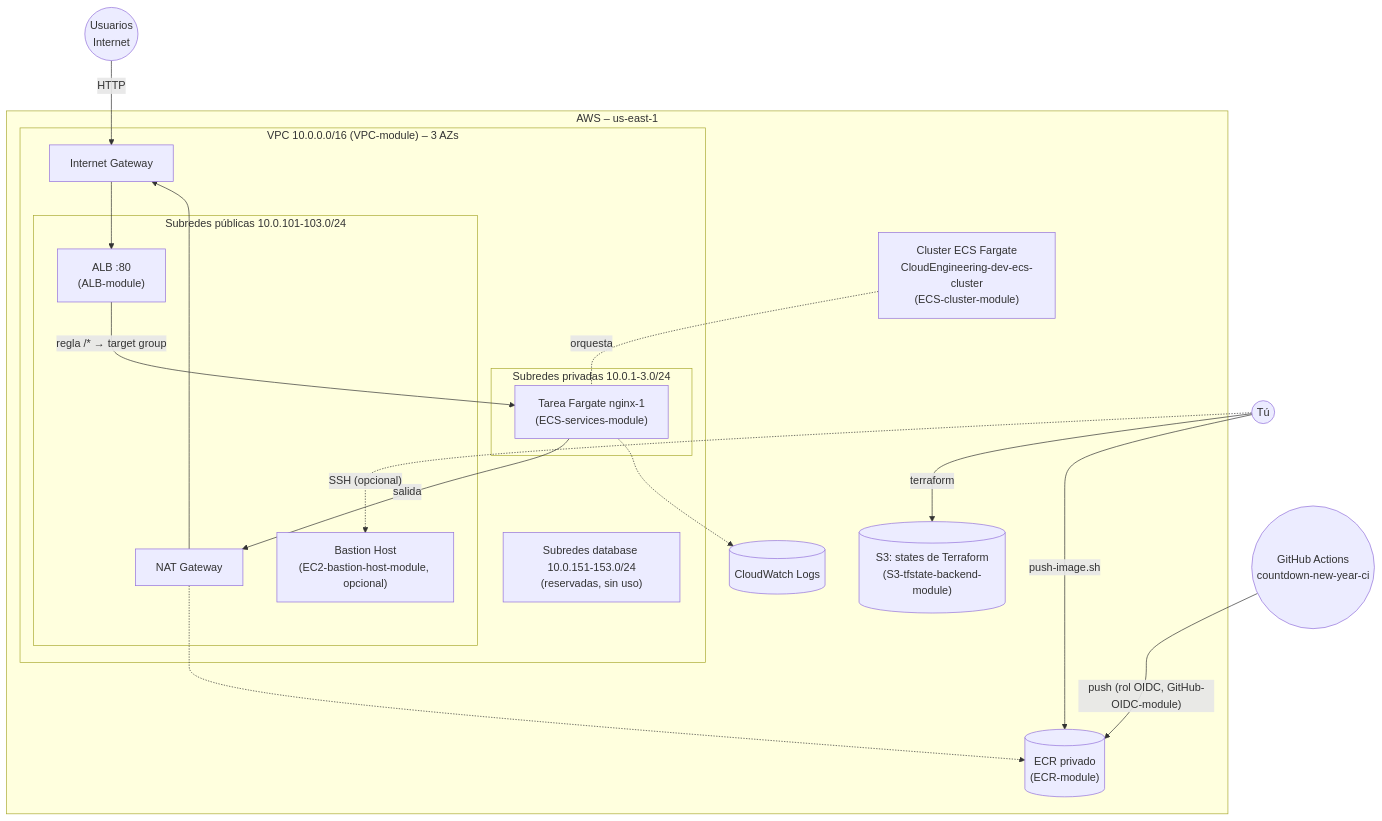
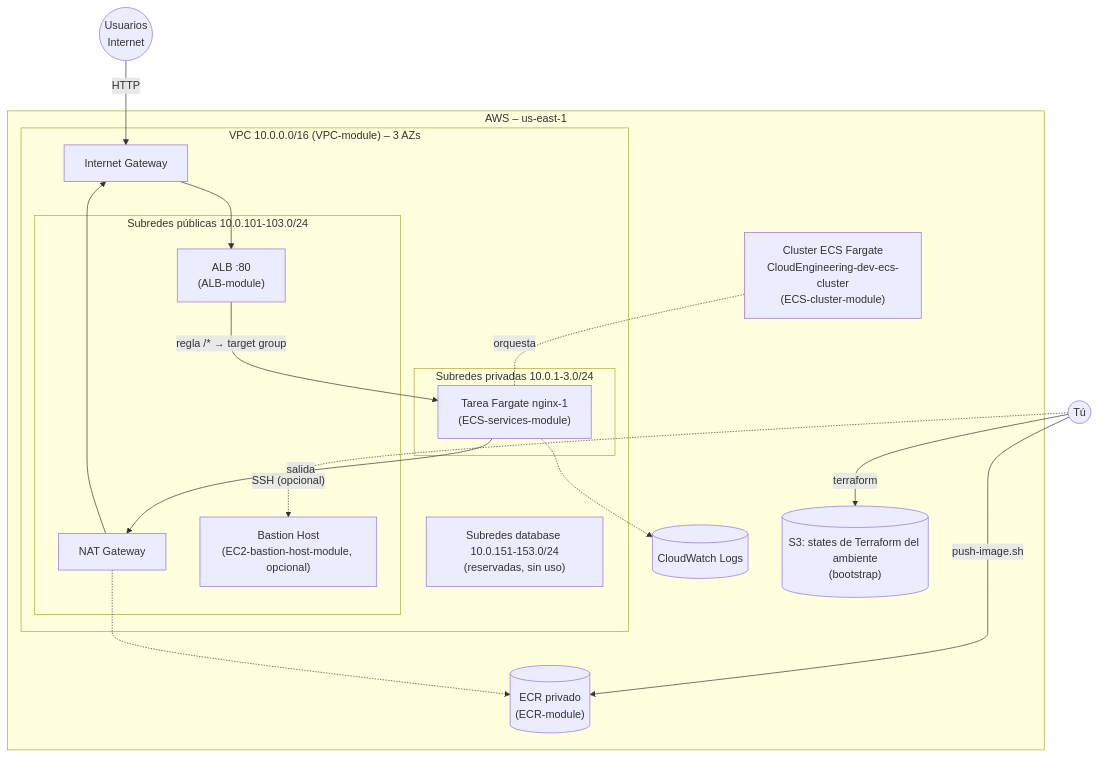
One commit to adrianjsosag/ECS-Tests changed the first of 2 diagrams in Terraform/README.md. Above: the diagram before and after it, drawn with Mermaid. The commit also changed other lines of this file and 150 other files, not shown here.

````diff
--- a/Terraform/README.md
+++ b/Terraform/README.md
@@ -34,36 +34,34 @@
 ```mermaid
 flowchart TB
     user(("Usuarios<br/>Internet"))
     dev(("Tú"))
-    gha(("GitHub Actions<br/>countdown-new-year-ci"))
 
     subgraph aws["AWS – us-east-1"]
         subgraph vpc["VPC 10.0.0.0/16 (VPC-module) – 3 AZs"]
             igw[Internet Gateway]
             subgraph pub["Subredes públicas 10.0.101-103.0/24"]
                 alb["ALB :80<br/>(ALB-module)"]
                 nat["NAT Gateway"]
                 bastion["Bastion Host<br/>(EC2-bastion-host-module, opcional)"]
             end
             subgraph priv["Subredes privadas 10.0.1-3.0/24"]
                 task["Tarea Fargate nginx-1<br/>(ECS-services-module)"]
             end
             db["Subredes database 10.0.151-153.0/24<br/>(reservadas, sin uso)"]
         end
         cluster["Cluster ECS Fargate<br/>CloudEngineering-dev-ecs-cluster<br/>(ECS-cluster-module)"]
         ecr[("ECR privado<br/>(ECR-module)")]
         cw[("CloudWatch Logs")]
-        tfstate[("S3: states de Terraform<br/>(S3-tfstate-backend-module)")]
+        tfstate[("S3: states de Terraform del ambiente<br/>(bootstrap)")]
     end
 
     dev -- "terraform" --> tfstate
     dev -- "push-image.sh" --> ecr
-    gha -- "push (rol OIDC, GitHub-OIDC-module)" --> ecr
     user -- "HTTP" --> igw --> alb
     alb -- "regla /* → target group" --> task
     task -- "salida" --> nat --> igw
     nat -.-> ecr
     task -.-> cw
     cluster -. "orquesta" .- task
     dev -. "SSH (opcional)" .-> bastion
 ```
````
